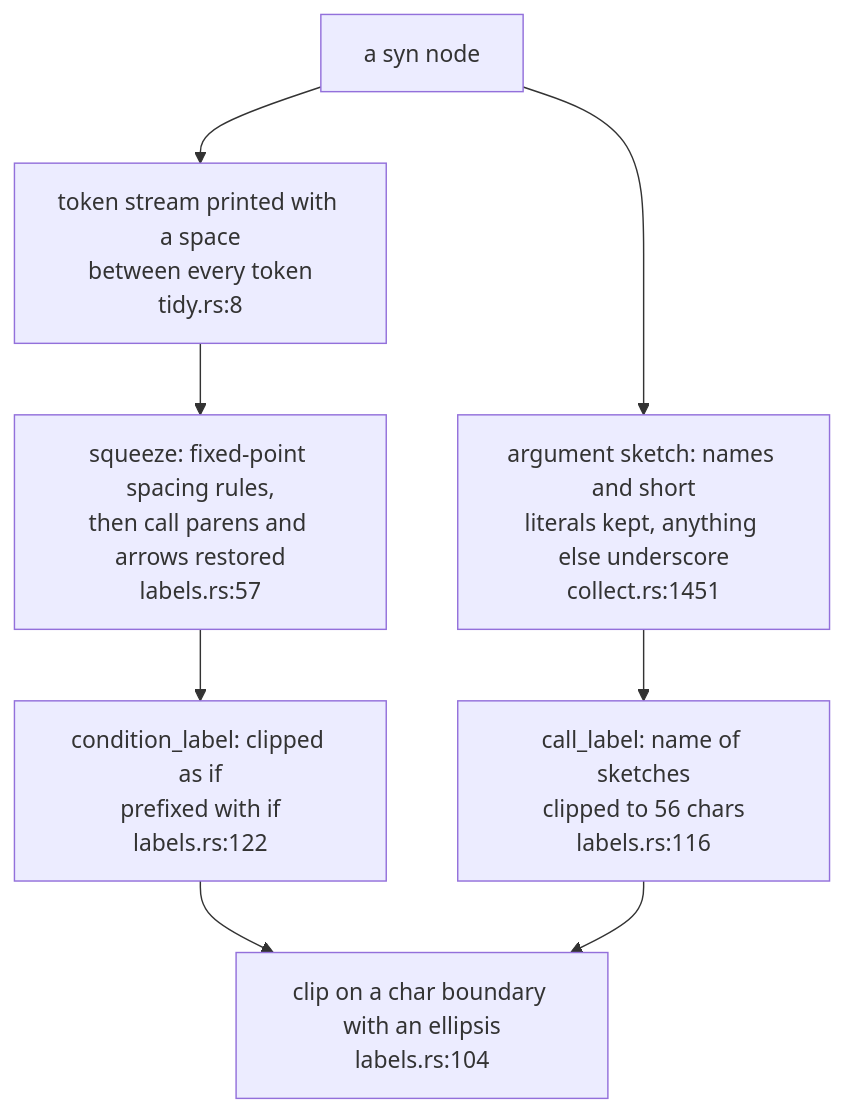
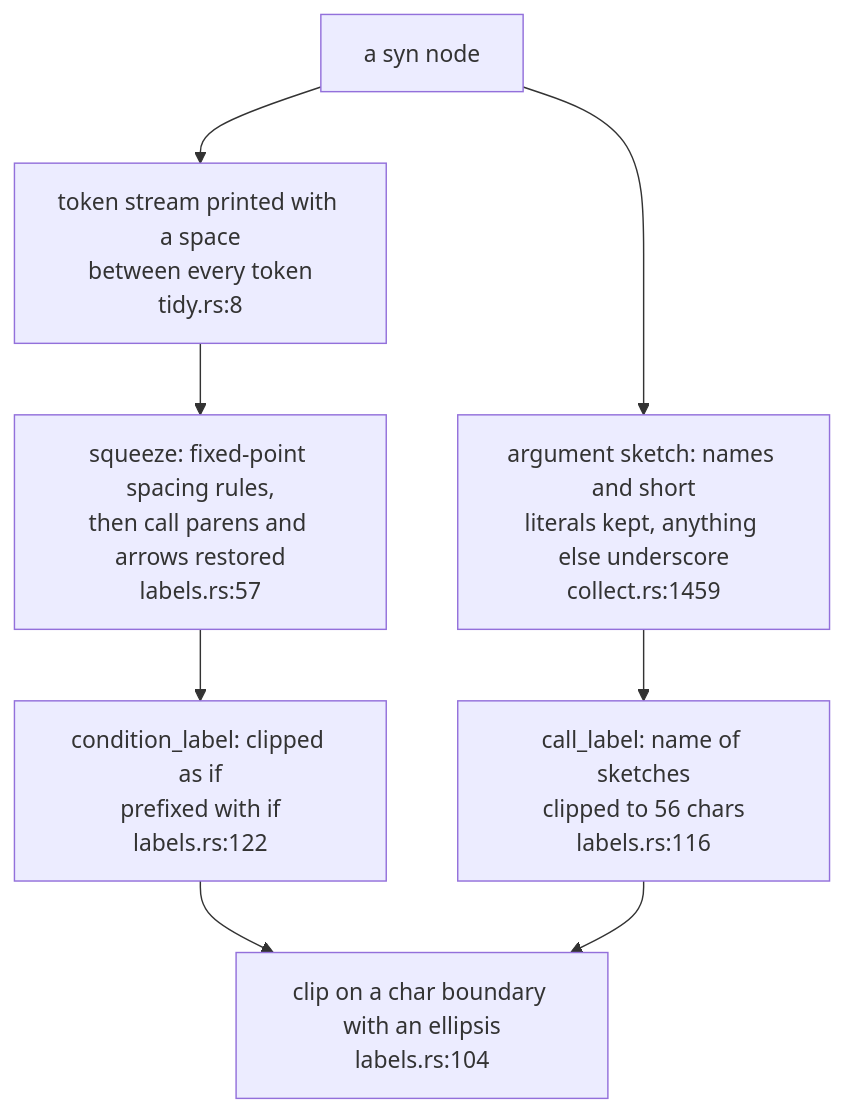
One commit to DreamLab-AI/codemaid changed the fifth of 5 diagrams in docs/diagrams/extract/04-lowering-confidence-and-labels.md. Above: the diagram before and after it, drawn with Mermaid. The commit also changed other lines of this file and 23 other files, not shown here.

````diff
--- a/docs/diagrams/extract/04-lowering-confidence-and-labels.md
+++ b/docs/diagrams/extract/04-lowering-confidence-and-labels.md
@@ -204,13 +205,13 @@
 ```mermaid
 flowchart TB
     T["a syn node"]
     TS["token stream printed with a space<br/>between every token<br/>tidy.rs:8"]
     SQ["squeeze: fixed-point spacing rules,<br/>then call parens and arrows restored<br/>labels.rs:57"]
-    AS["argument sketch: names and short<br/>literals kept, anything else underscore<br/>collect.rs:1451"]
+    AS["argument sketch: names and short<br/>literals kept, anything else underscore<br/>collect.rs:1459"]
     CL["call_label: name of sketches<br/>clipped to 56 chars<br/>labels.rs:116"]
     CO["condition_label: clipped as if<br/>prefixed with if<br/>labels.rs:122"]
     CP["clip on a char boundary with an ellipsis<br/>labels.rs:104"]
     T --> TS --> SQ
     SQ --> CO --> CP
     T --> AS --> CL --> CP
 ```
````
